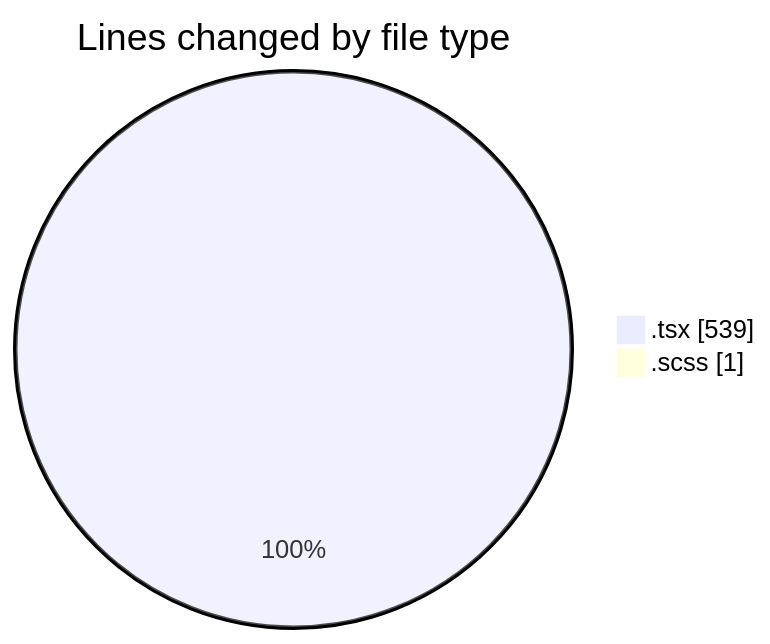
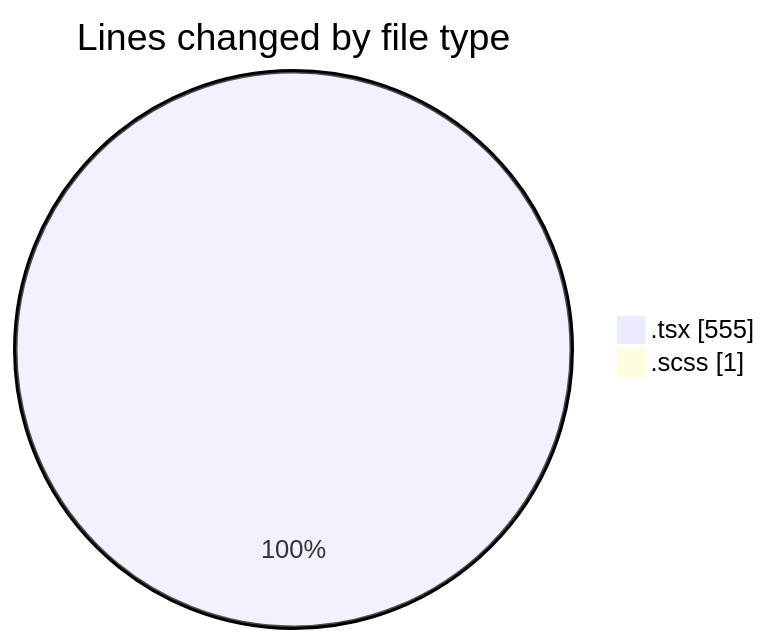
One commit to momahboobian/code-tracking changed the first of 2 diagrams in 2025-03-19/cda/README.md. Above: the diagram before and after it, drawn with Mermaid. The commit also changed other lines of this file and 1 other file, not shown here.

````diff
--- a/2025-03-19/cda/README.md
+++ b/2025-03-19/cda/README.md
@@ -23,6 +23,6 @@
 ```mermaid
 pie showData
 title Lines changed by file type
-".tsx" : 539
+".tsx" : 555
 ".scss" : 1
 ```
````
